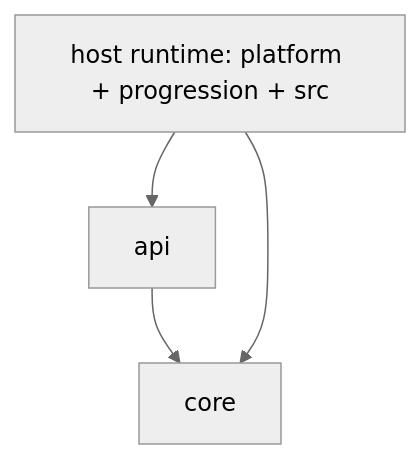
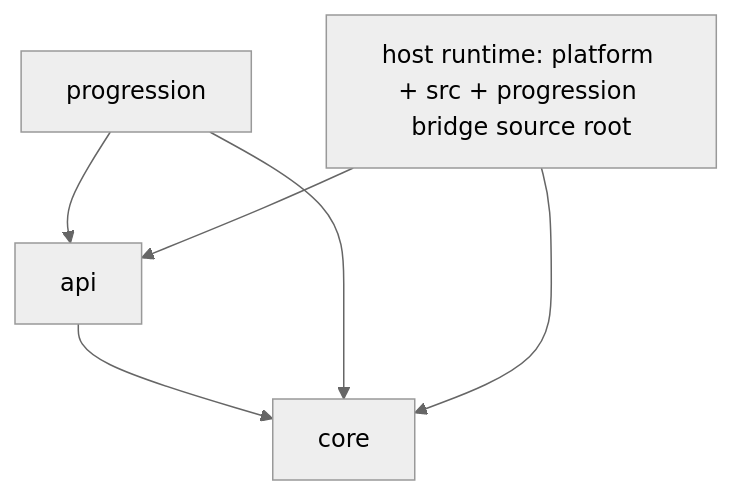
Before and after one commit to pendantbear3467/untitled: the diagram in docs/ECOSYSTEM_MODULE_DEPENDENCY_GRAPH.md, drawn with Mermaid (neutral theme). The commit also changed other lines of this file and 10 other files, not shown here.

Commit message:
feat: Include progression as a Gradle subproject in bridge mode and update related documentation

````diff
--- a/docs/ECOSYSTEM_MODULE_DEPENDENCY_GRAPH.md
+++ b/docs/ECOSYSTEM_MODULE_DEPENDENCY_GRAPH.md
@@ -5,6 +5,8 @@
 ```mermaid
 graph TD
   API[api] --> CORE[core]
-  HOST[host runtime: platform + progression + src] --> API
+  PROGRESSION[progression] --> API
+  PROGRESSION --> CORE
+  HOST[host runtime: platform + src + progression bridge source root] --> API
   HOST --> CORE
 ```
````
